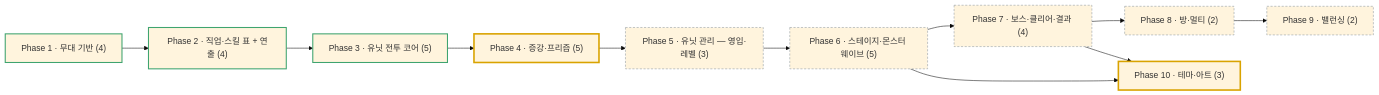
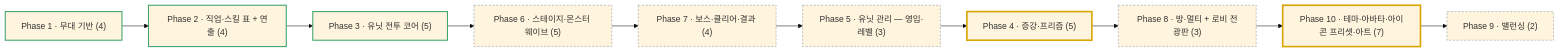
Before and after one commit to HaSungJe/msw: the diagram in .beaver/output/roadmap/maple-augment-defense-roadmap.md, drawn with Mermaid (base theme). The commit also changed other lines of this file and 12 other files, not shown here.

````diff
--- a/.beaver/output/roadmap/maple-augment-defense-roadmap.md
+++ b/.beaver/output/roadmap/maple-augment-defense-roadmap.md
@@ -22,16 +22,15 @@
 ```mermaid
 flowchart LR
   P1["Phase 1 · 무대 기반 (4)"]:::done --> P2["Phase 2 · 직업·스킬 표 + 연출 (4)"]:::done
   P2 --> P3["Phase 3 · 유닛 전투 코어 (5)"]:::done
-  P3 --> P4["Phase 4 · 증강·프리즘 (5)"]:::inprogress
-  P4 --> P5["Phase 5 · 유닛 관리 — 영입·레벨 (3)"]:::todo
-  P5 --> P6["Phase 6 · 스테이지·몬스터 웨이브 (5)"]:::todo
+  P3 --> P6["Phase 6 · 스테이지·몬스터 웨이브 (5)"]:::todo
   P6 --> P7["Phase 7 · 보스·클리어·결과 (4)"]:::todo
-  P7 --> P8["Phase 8 · 방·멀티 (2)"]:::todo
-  P8 --> P9["Phase 9 · 밸런싱 (2)"]:::todo
-  P6 --> P10["Phase 10 · 테마·아트 (3)"]:::inprogress
-  P7 --> P10
+  P7 --> P5["Phase 5 · 유닛 관리 — 영입·레벨 (3)"]:::todo
+  P5 --> P4["Phase 4 · 증강·프리즘 (5)"]:::inprogress
+  P4 --> P8["Phase 8 · 방·멀티 + 로비 전광판 (3)"]:::todo
+  P8 --> P10["Phase 10 · 테마·아바타·아이콘 프리셋·아트 (7)"]:::inprogress
+  P10 --> P9["Phase 9 · 밸런싱 (2)"]:::todo
   classDef done stroke:#3fa46f,stroke-width:2px
   classDef inprogress stroke:#d9a300,stroke-width:3px
   classDef todo stroke:#8a949c,stroke-width:1px,stroke-dasharray:4 3
 ```
````
